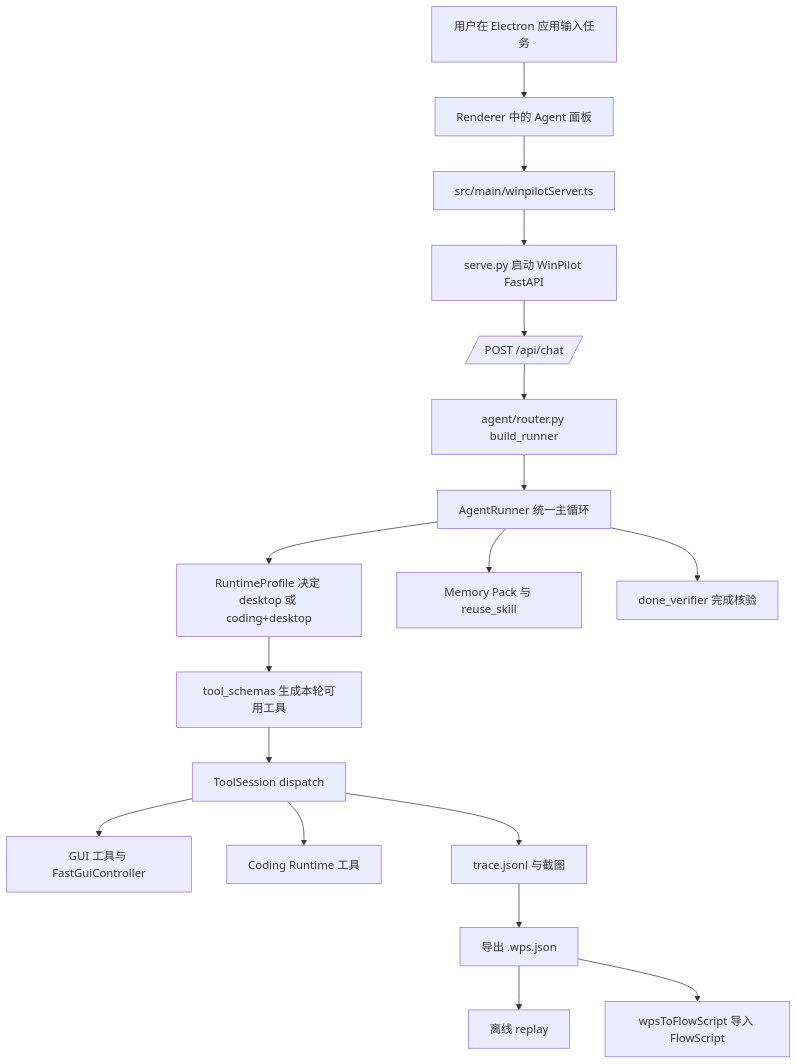
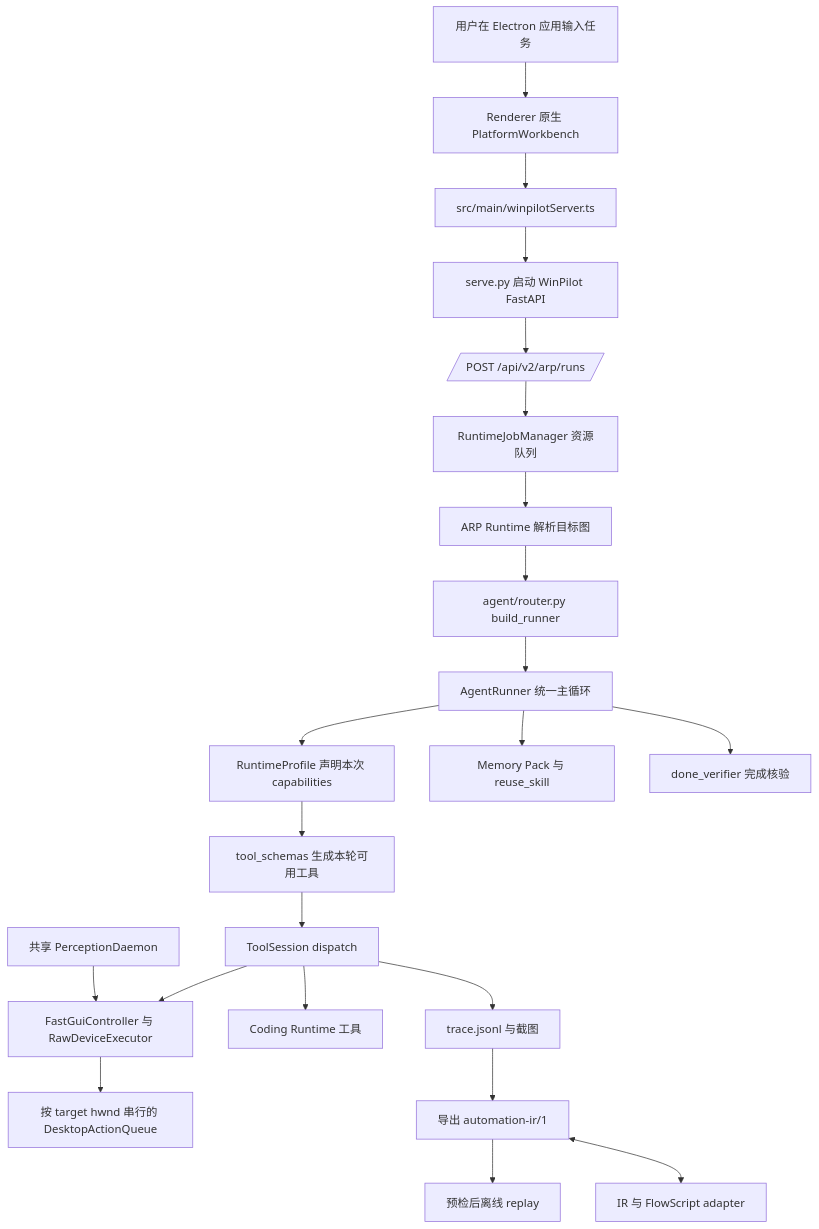
Before and after one commit to zoujiapeng/lingdong-script: the first of 2 diagrams in docs/项目导览-面试版.md, drawn with Mermaid. The commit also changed other lines of this file and 150 other files, not shown here.

````diff
--- a/docs/项目导览-面试版.md
+++ b/docs/项目导览-面试版.md
@@ -75,32 +75,37 @@
 ```mermaid
 flowchart TD
   U[用户在 Electron 应用输入任务]
-  R[Renderer 中的 Agent 面板]
+  R[Renderer 原生 PlatformWorkbench]
   M[src/main/winpilotServer.ts]
   S[serve.py 启动 WinPilot FastAPI]
-  API[/POST /api/chat/]
+  API[/POST /api/v2/arp/runs/]
+  Jobs[RuntimeJobManager 资源队列]
+  ARP[ARP Runtime 解析目标图]
   Router[agent/router.py build_runner]
   Runner[AgentRunner 统一主循环]
-  Profile[RuntimeProfile 决定 desktop 或 coding+desktop]
+  Profile[RuntimeProfile 声明本次 capabilities]
   Schemas[tool_schemas 生成本轮可用工具]
   Session[ToolSession dispatch]
-  GUI[GUI 工具与 FastGuiController]
+  GUI[FastGuiController 与 RawDeviceExecutor]
+  Queue[按 target hwnd 串行的 DesktopActionQueue]
+  Perception[共享 PerceptionDaemon]
   Coding[Coding Runtime 工具]
   Memory[Memory Pack 与 reuse_skill]
   Verify[done_verifier 完成核验]
   Trace[trace.jsonl 与截图]
-  WPS[导出 .wps.json]
-  Replay[离线 replay]
-  Flow[wpsToFlowScript 导入 FlowScript]
+  IR[导出 automation-ir/1]
+  Replay[预检后离线 replay]
+  Flow[IR 与 FlowScript adapter]
 
-  U --> R --> M --> S --> API --> Router --> Runner
+  U --> R --> M --> S --> API --> Jobs --> ARP --> Router --> Runner
   Runner --> Profile --> Schemas --> Session
-  Session --> GUI
+  Session --> GUI --> Queue
+  Perception --> GUI
   Session --> Coding
   Runner --> Memory
   Runner --> Verify
   Session --> Trace
-  Trace --> WPS
-  WPS --> Replay
-  WPS --> Flow
+  Trace --> IR
+  IR --> Replay
+  IR <--> Flow
 ```
````
